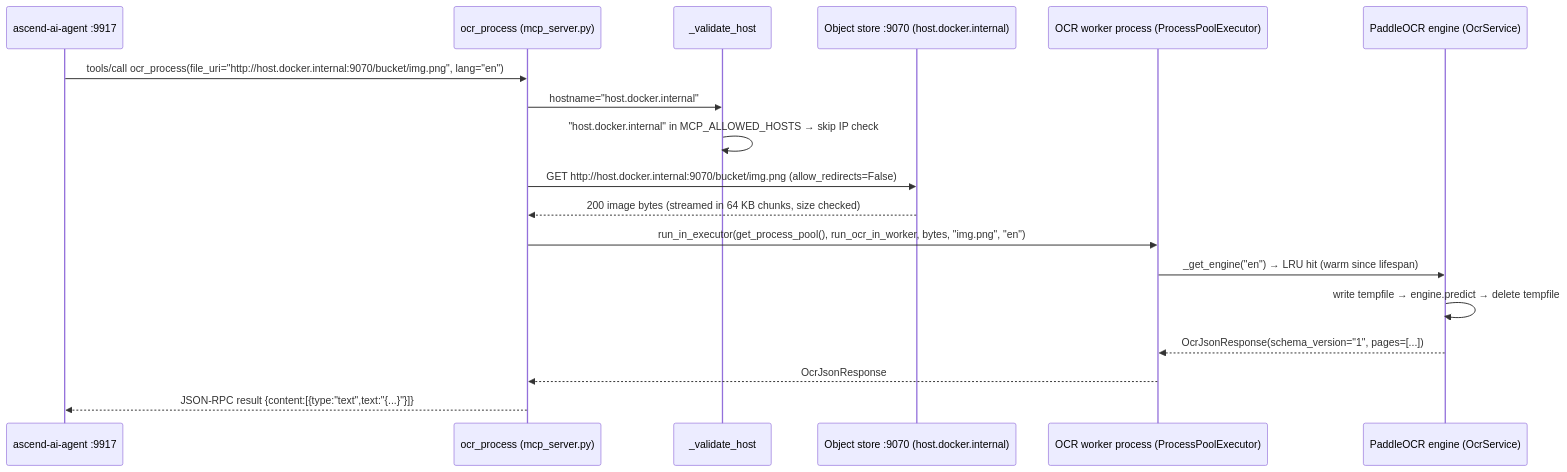
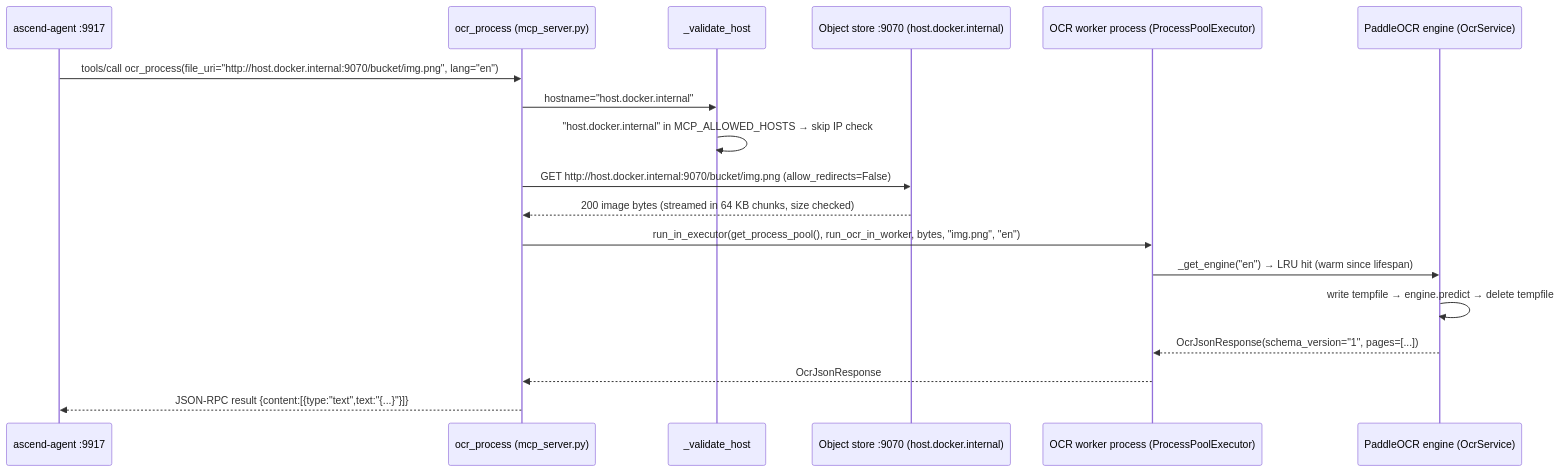
One commit to Lukk17/AscendAI changed the second of 2 diagrams in apps/ascend-ocr/docs/architecture/diagrams/container-diagram.md. Above: the diagram before and after it, drawn with Mermaid. The commit also changed other lines of this file and 591 other files, not shown here.

````diff
--- a/apps/ascend-ocr/docs/architecture/diagrams/container-diagram.md
+++ b/apps/ascend-ocr/docs/architecture/diagrams/container-diagram.md
@@ -47,24 +47,24 @@
 ```mermaid
 sequenceDiagram
     accTitle: MCP ocr_process happy path via the S3-compatible object store
-    accDescr: Shows the full call chain from ascend-ai-agent through the SSRF guard, the object-store download, and the OCR engine.
+    accDescr: Shows the full call chain from ascend-agent through the SSRF guard, the object-store download, and the OCR engine.
 
-    participant Agent as ascend-ai-agent :9917
+    participant Agent as ascend-agent :9917
     participant MCP as ocr_process (mcp_server.py)
     participant Guard as _validate_host
     participant ObjectStore as Object store :9070 (host.docker.internal)
     participant Pool as OCR worker process (ProcessPoolExecutor)
     participant Engine as PaddleOCR engine (OcrService)
 
     Agent->>MCP: tools/call ocr_process(file_uri="http://host.docker.internal:9070/bucket/img.png", lang="en")
     MCP->>Guard: hostname="host.docker.internal"
     Guard->>Guard: "host.docker.internal" in MCP_ALLOWED_HOSTS → skip IP check
     MCP->>ObjectStore: GET http://host.docker.internal:9070/bucket/img.png (allow_redirects=False)
     ObjectStore-->>MCP: 200 image bytes (streamed in 64 KB chunks, size checked)
     MCP->>Pool: run_in_executor(get_process_pool(), run_ocr_in_worker, bytes, "img.png", "en")
     Pool->>Engine: _get_engine("en") → LRU hit (warm since lifespan)
     Engine->>Engine: write tempfile → engine.predict → delete tempfile
     Engine-->>Pool: OcrJsonResponse(schema_version="1", pages=[...])
     Pool-->>MCP: OcrJsonResponse
     MCP-->>Agent: JSON-RPC result {content:[{type:"text",text:"{...}"}]}
 ```
````
